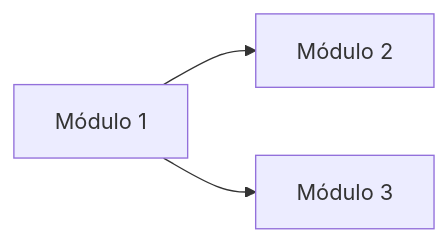
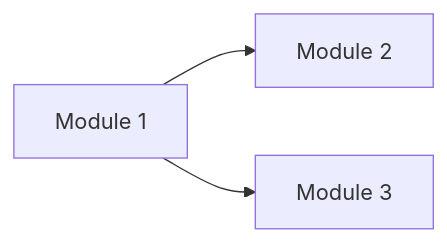
The second of 5 diagrams in WORKFLOW.md (Sistema2D/FrameCode-VibeWork), drawn with Mermaid before and after one commit. The commit also changed other lines of this file and 78 other files, not shown here.

````diff
--- a/WORKFLOW.md
+++ b/WORKFLOW.md
@@ -51,5 +51,5 @@
 ```mermaid
 flowchart LR
-    A["Módulo 1"] --> B["Módulo 2"]
-    A --> C["Módulo 3"]
+    A["Module 1"] --> B["Module 2"]
+    A --> C["Module 3"]
 ```
````
